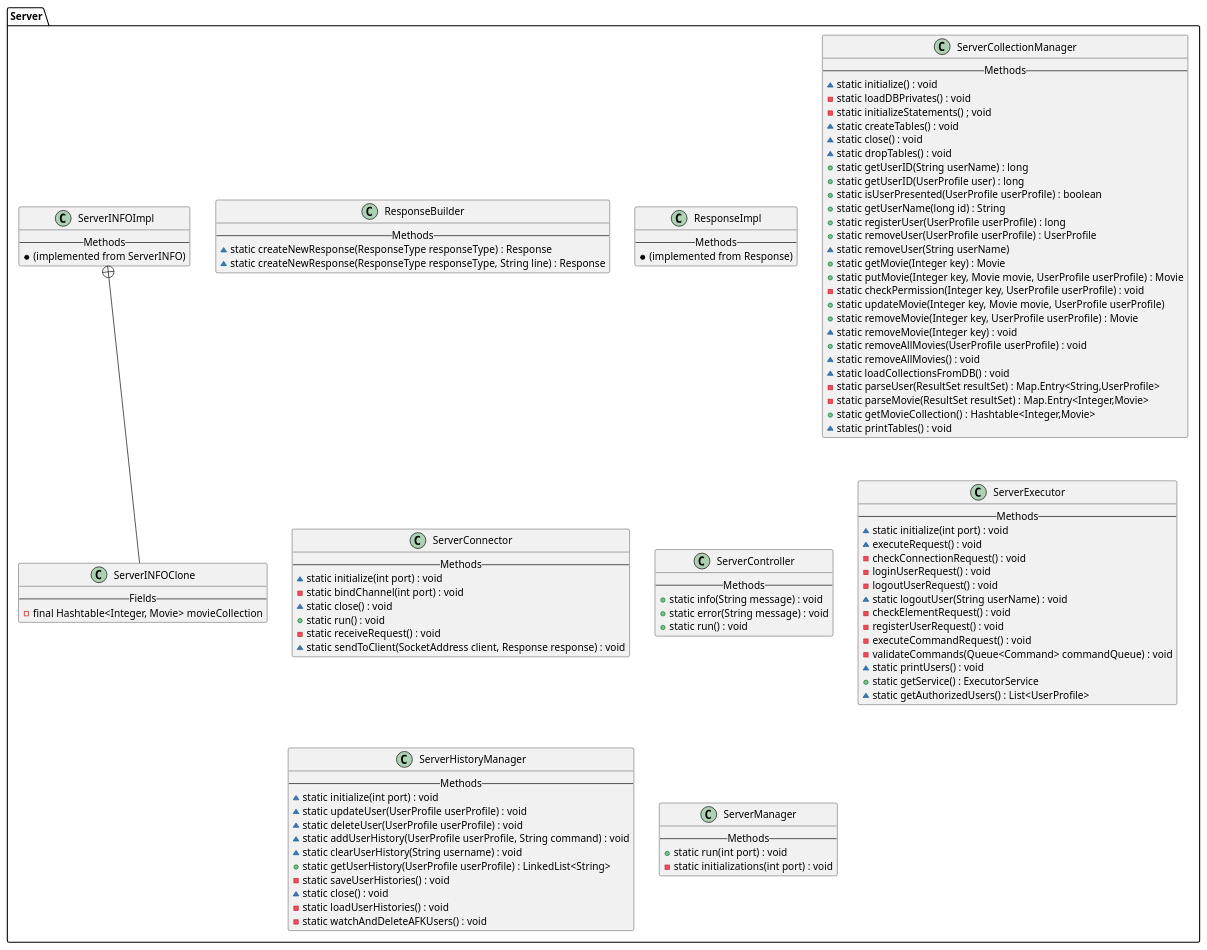
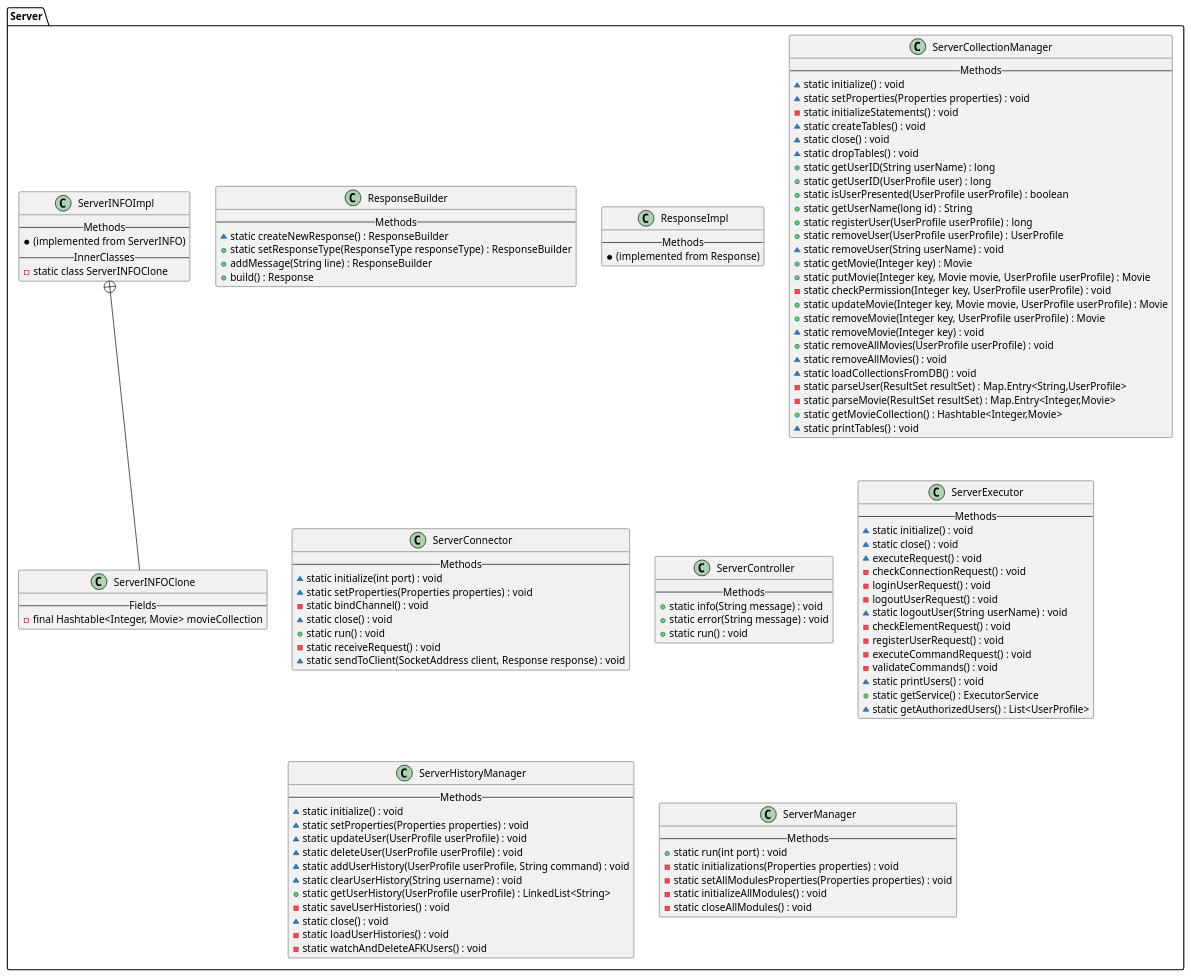
The diagram in diagrams/ServerDiagram.puml (Andryss/ProgrammingLabWork7), drawn with PlantUML before and after one commit. The commit also changed 17 other files, not shown here.

```diff
--- a/diagrams/ServerDiagram.puml
+++ b/diagrams/ServerDiagram.puml
@@ -1,114 +1,124 @@
 @startuml
 
 package Server {
 
     class ResponseBuilder {
     --Methods--
-    ~ static createNewResponse(ResponseType responseType) : Response
-    ~ static createNewResponse(ResponseType responseType, String line) : Response
+    ~ static createNewResponse() : ResponseBuilder
+    + static setResponseType(ResponseType responseType) : ResponseBuilder
+    + addMessage(String line) : ResponseBuilder
+    + build() : Response
     }
 
     class ResponseImpl {
     --Methods--
     * (implemented from Response)
     }
 
     class ServerCollectionManager {
     --Methods--
     ~ static initialize() : void
-    - static loadDBPrivates() : void
-    - static initializeStatements() ; void
+    ~ static setProperties(Properties properties) : void
+    - static initializeStatements() : void
     ~ static createTables() : void
     ~ static close() : void
     ~ static dropTables() : void
     + static getUserID(String userName) : long
     + static getUserID(UserProfile user) : long
     + static isUserPresented(UserProfile userProfile) : boolean
     + static getUserName(long id) : String
     + static registerUser(UserProfile userProfile) : long
     + static removeUser(UserProfile userProfile) : UserProfile
-    ~ static removeUser(String userName)
+    ~ static removeUser(String userName) : void
     + static getMovie(Integer key) : Movie
     + static putMovie(Integer key, Movie movie, UserProfile userProfile) : Movie
     - static checkPermission(Integer key, UserProfile userProfile) : void
-    + static updateMovie(Integer key, Movie movie, UserProfile userProfile)
+    + static updateMovie(Integer key, Movie movie, UserProfile userProfile) : Movie
     + static removeMovie(Integer key, UserProfile userProfile) : Movie
     ~ static removeMovie(Integer key) : void
     + static removeAllMovies(UserProfile userProfile) : void
     ~ static removeAllMovies() : void
     ~ static loadCollectionsFromDB() : void
     - static parseUser(ResultSet resultSet) : Map.Entry<String,UserProfile>
     - static parseMovie(ResultSet resultSet) : Map.Entry<Integer,Movie>
     + static getMovieCollection() : Hashtable<Integer,Movie>
     ~ static printTables() : void
     }
 
     class ServerConnector {
     --Methods--
     ~ static initialize(int port) : void
-    - static bindChannel(int port) : void
+    ~ static setProperties(Properties properties) : void
+    - static bindChannel() : void
     ~ static close() : void
     + static run() : void
     - static receiveRequest() : void
     ~ static sendToClient(SocketAddress client, Response response) : void
     }
 
     class ServerController {
     --Methods--
     + static info(String message) : void
     + static error(String message) : void
     + static run() : void
     }
 
     class ServerExecutor {
     --Methods--
-    ~ static initialize(int port) : void
+    ~ static initialize() : void
+    ~ static close() : void
     ~ executeRequest() : void
     - checkConnectionRequest() : void
     - loginUserRequest() : void
     - logoutUserRequest() : void
     ~ static logoutUser(String userName) : void
     - checkElementRequest() : void
     - registerUserRequest() : void
     - executeCommandRequest() : void
-    - validateCommands(Queue<Command> commandQueue) : void
+    - validateCommands() : void
     ~ static printUsers() : void
     + static getService() : ExecutorService
     ~ static getAuthorizedUsers() : List<UserProfile>
     }
 
     class ServerHistoryManager {
     --Methods--
-    ~ static initialize(int port) : void
+    ~ static initialize() : void
+    ~ static setProperties(Properties properties) : void
     ~ static updateUser(UserProfile userProfile) : void
     ~ static deleteUser(UserProfile userProfile) : void
     ~ static addUserHistory(UserProfile userProfile, String command) : void
     ~ static clearUserHistory(String username) : void
     + static getUserHistory(UserProfile userProfile) : LinkedList<String>
     - static saveUserHistories() : void
     ~ static close() : void
     - static loadUserHistories() : void
     - static watchAndDeleteAFKUsers() : void
     }
 
     class ServerINFOImpl {
     --Methods--
     * (implemented from ServerINFO)
+    --InnerClasses--
+    - static class ServerINFOClone
     }
 
     class ServerINFOClone {
     --Fields--
     - final Hashtable<Integer, Movie> movieCollection
     }
 
     ServerINFOClone -up-+ ServerINFOImpl
 
     class ServerManager {
     --Methods--
     + static run(int port) : void
-    - static initializations(int port) : void
+    - static initializations(Properties properties) : void
+    - static setAllModulesProperties(Properties properties) : void
+    - static initializeAllModules() : void
+    - static closeAllModules() : void
     }
 
 }
 
 @enduml
```
